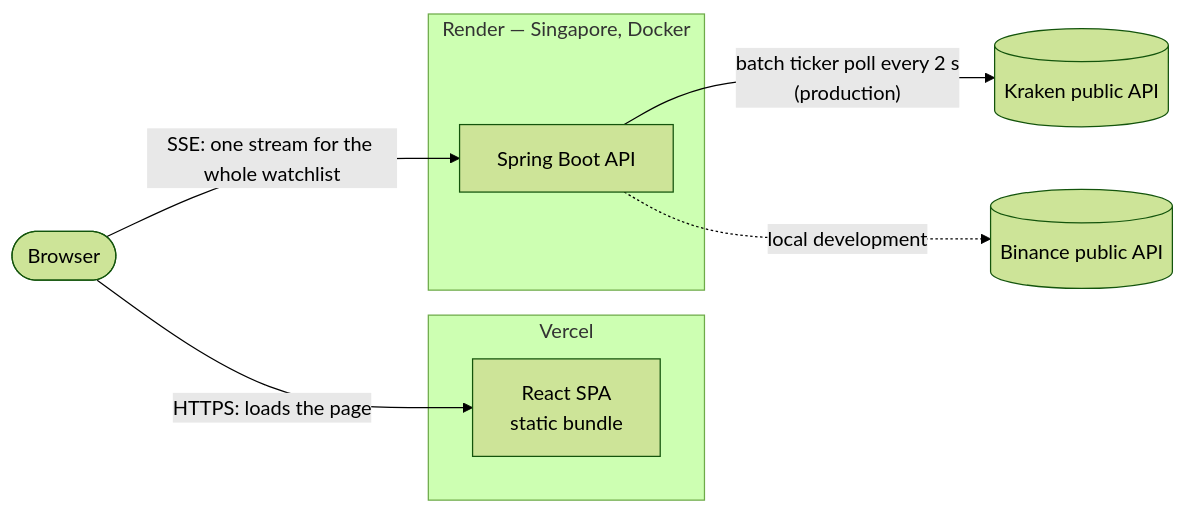
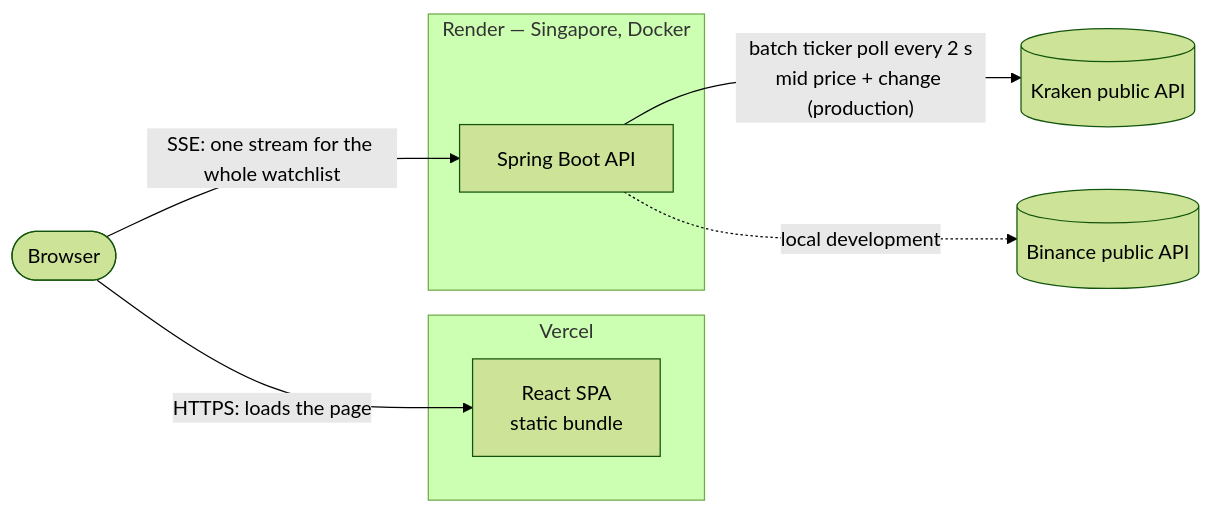
One commit to mubeenahmedkhan/pasheez changed the first of 2 diagrams in docs/architecture.md. Above: the diagram before and after it, drawn with Mermaid (forest theme). The commit also changed other lines of this file and 3 other files, not shown here.

First line of the commit message:
Document mid price and change window (ADR 0006

````diff
--- a/docs/architecture.md
+++ b/docs/architecture.md
@@ -5,17 +5,17 @@
 ```mermaid
 flowchart LR
     user([Browser])
     subgraph Vercel
         fe[React SPA<br/>static bundle]
     end
     subgraph Render["Render — Singapore, Docker"]
         api[Spring Boot API]
     end
     kraken[(Kraken public API)]
     binance[(Binance public API)]
 
     user -- "HTTPS: loads the page" --> fe
     user -- "SSE: one stream for the whole watchlist" --> api
-    api -- "batch ticker poll every 2 s<br/>(production)" --> kraken
+    api -- "batch ticker poll every 2 s<br/>mid price + change (production)" --> kraken
     api -. "local development" .-> binance
 ```
````
